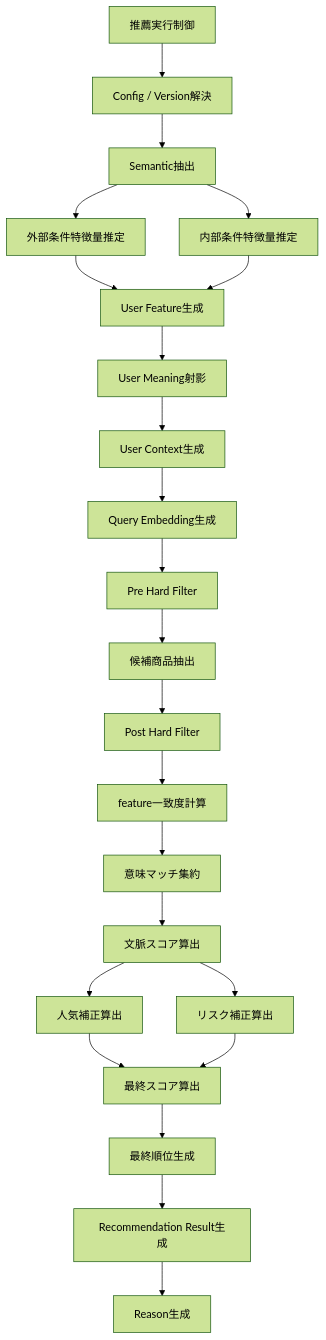
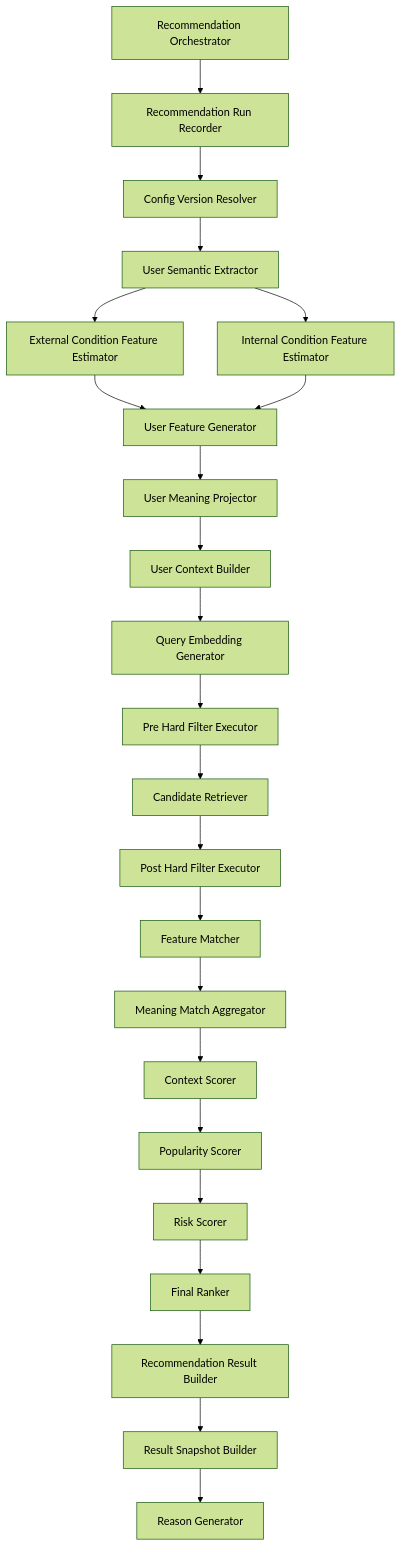
The first of 3 diagrams in docs/05_アプリケーション設計/アプリ/モジュール一覧.md (ryo-chan-k6/GiftRecommendAPP_MVP_CYCLE_3), drawn with Mermaid (forest theme) before and after one commit. The commit also changed other lines of this file, not shown here.

````diff
--- a/docs/05_アプリケーション設計/アプリ/モジュール一覧.md
+++ b/docs/05_アプリケーション設計/アプリ/モジュール一覧.md
@@ -291,25 +371,25 @@
 ```mermaid
 flowchart TD
-    A[推薦実行制御] --> B[Config / Version解決]
-    B --> C[Semantic抽出]
-    C --> D[外部条件特徴量推定]
-    C --> E[内部条件特徴量推定]
-    D --> F[User Feature生成]
-    E --> F
-    F --> G[User Meaning射影]
-    G --> H[User Context生成]
-    H --> I[Query Embedding生成]
-    I --> J[Pre Hard Filter]
-    J --> K[候補商品抽出]
-    K --> L[Post Hard Filter]
-    L --> M[feature一致度計算]
-    M --> N[意味マッチ集約]
-    N --> O[文脈スコア算出]
-    O --> P[人気補正算出]
-    O --> Q[リスク補正算出]
-    P --> R[最終スコア算出]
-    Q --> R
-    R --> S[最終順位生成]
-    S --> T[Recommendation Result生成]
-    T --> U[Reason生成]
+    A[Recommendation Orchestrator] --> B[Recommendation Run Recorder]
+    B --> C[Config Version Resolver]
+    C --> D[User Semantic Extractor]
+    D --> E[External Condition Feature Estimator]
+    D --> F[Internal Condition Feature Estimator]
+    E --> G[User Feature Generator]
+    F --> G
+    G --> H[User Meaning Projector]
+    H --> I[User Context Builder]
+    I --> J[Query Embedding Generator]
+    J --> K[Pre Hard Filter Executor]
+    K --> L[Candidate Retriever]
+    L --> M[Post Hard Filter Executor]
+    M --> N[Feature Matcher]
+    N --> O[Meaning Match Aggregator]
+    O --> P[Context Scorer]
+    P --> Q[Popularity Scorer]
+    Q --> R[Risk Scorer]
+    R --> S[Final Ranker]
+    S --> T[Recommendation Result Builder]
+    T --> U[Result Snapshot Builder]
+    U --> V[Reason Generator]
 ```
````
